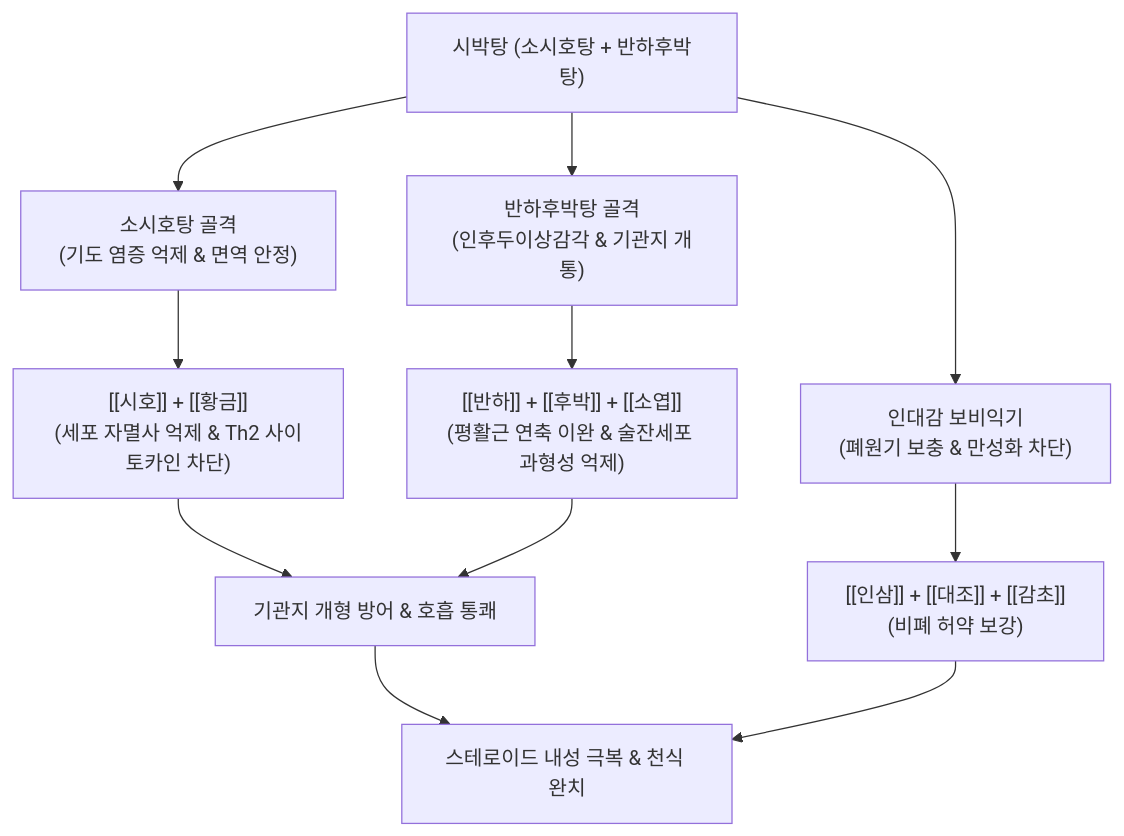
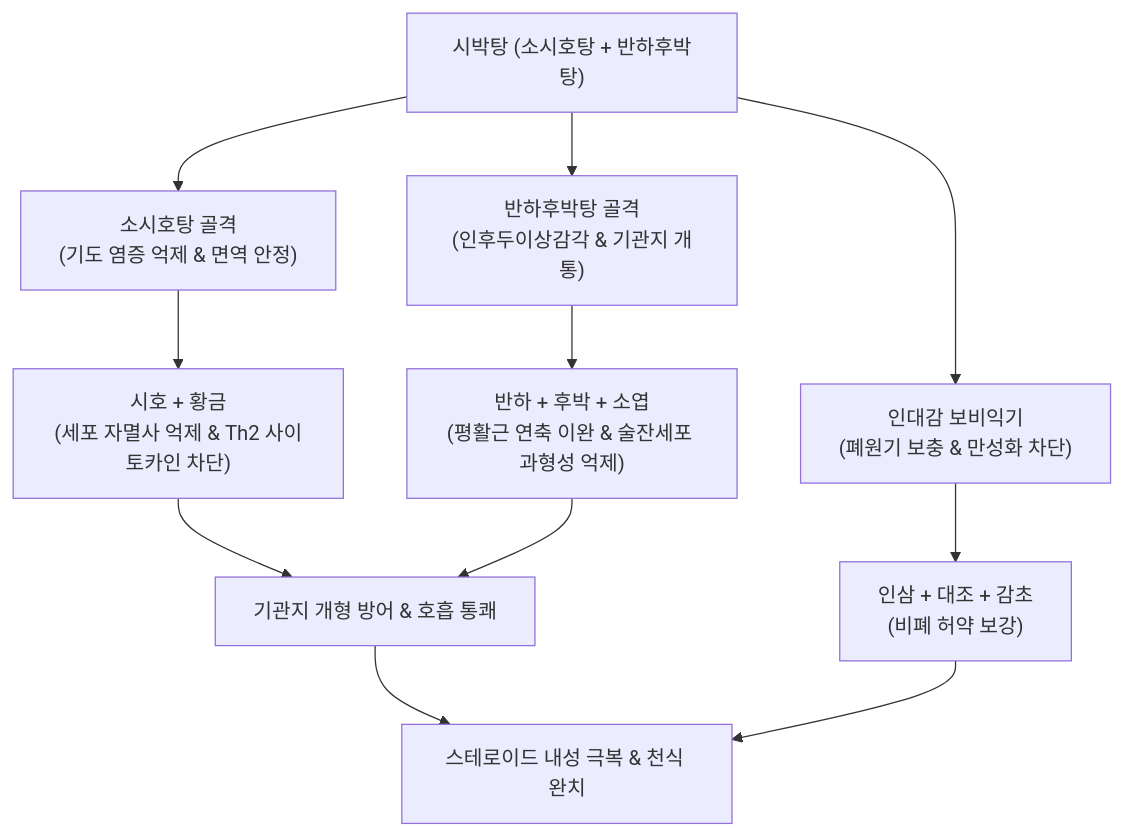
The diagram in content/2. 약리 공부/처방/04_이기·화해제/시박탕.md (simbio11/simbio-digital-garden2), drawn with Mermaid before and after one commit. The commit also changed other lines of this file and 122 other files, not shown here.

````diff
--- a/content/2. 약리 공부/처방/04_이기·화해제/시박탕.md
+++ b/content/2. 약리 공부/처방/04_이기·화해제/시박탕.md
@@ -65,13 +65,13 @@
 ```mermaid
 graph TD
     A["시박탕 (소시호탕 + 반하후박탕)"] --> B["소시호탕 골격<br/>(기도 염증 억제 & 면역 안정)"]
     A --> C["반하후박탕 골격<br/>(인후두이상감각 & 기관지 개통)"]
     A --> D["인대감 보비익기<br/>(폐원기 보충 & 만성화 차단)"]
 
-    B --> B1["[[시호]] + [[황금]]<br/>(세포 자멸사 억제 & Th2 사이토카인 차단)"]
-    C --> C1["[[반하]] + [[후박]] + [[소엽]]<br/>(평활근 연축 이완 & 술잔세포 과형성 억제)"]
-    D --> D1["[[인삼]] + [[대조]] + [[감초]]<br/>(비폐 허약 보강)"]
+    B --> B1["시호 + 황금<br/>(세포 자멸사 억제 & Th2 사이토카인 차단)"]
+    C --> C1["반하 + 후박 + 소엽<br/>(평활근 연축 이완 & 술잔세포 과형성 억제)"]
+    D --> D1["인삼 + 대조 + 감초<br/>(비폐 허약 보강)"]
 
     B1 & C1 --> BC["기관지 개형 방어 & 호흡 통쾌"]
     BC & D1 --> AD["스테로이드 내성 극복 & 천식 완치"]
 ```
````
